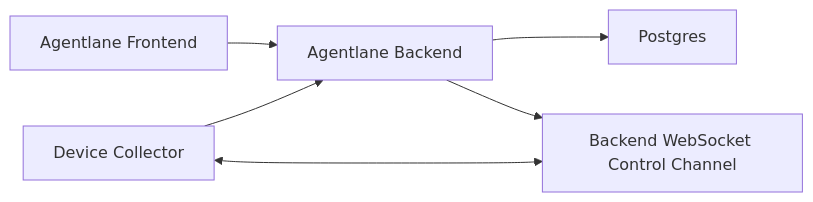
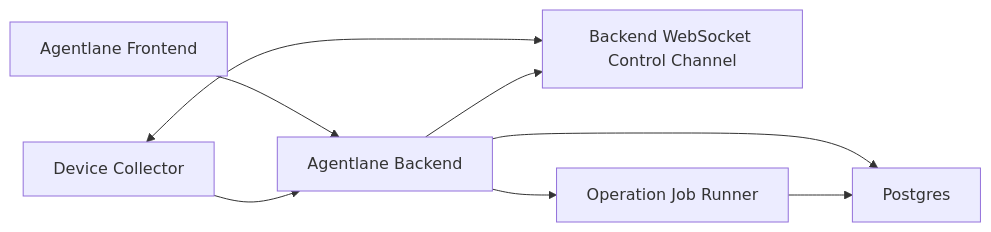
One commit to gezilinll/agentlane changed the diagram in docs/product/backend-service-spec.md. Above: the diagram before and after it, drawn with Mermaid. The commit also changed other lines of this file and 3 other files, not shown here.

Commit message:
docs: define operation runner rules

````diff
--- a/docs/product/backend-service-spec.md
+++ b/docs/product/backend-service-spec.md
@@ -39,8 +39,10 @@
 ```mermaid
 flowchart LR
   UI["Agentlane Frontend"] --> API["Agentlane Backend"]
   Collector["Device Collector"] --> API
   Collector <--> Control["Backend WebSocket Control Channel"]
   API --> DB["Postgres"]
   API --> Control
+  API --> Runner["Operation Job Runner"]
+  Runner --> DB
 ```
````
